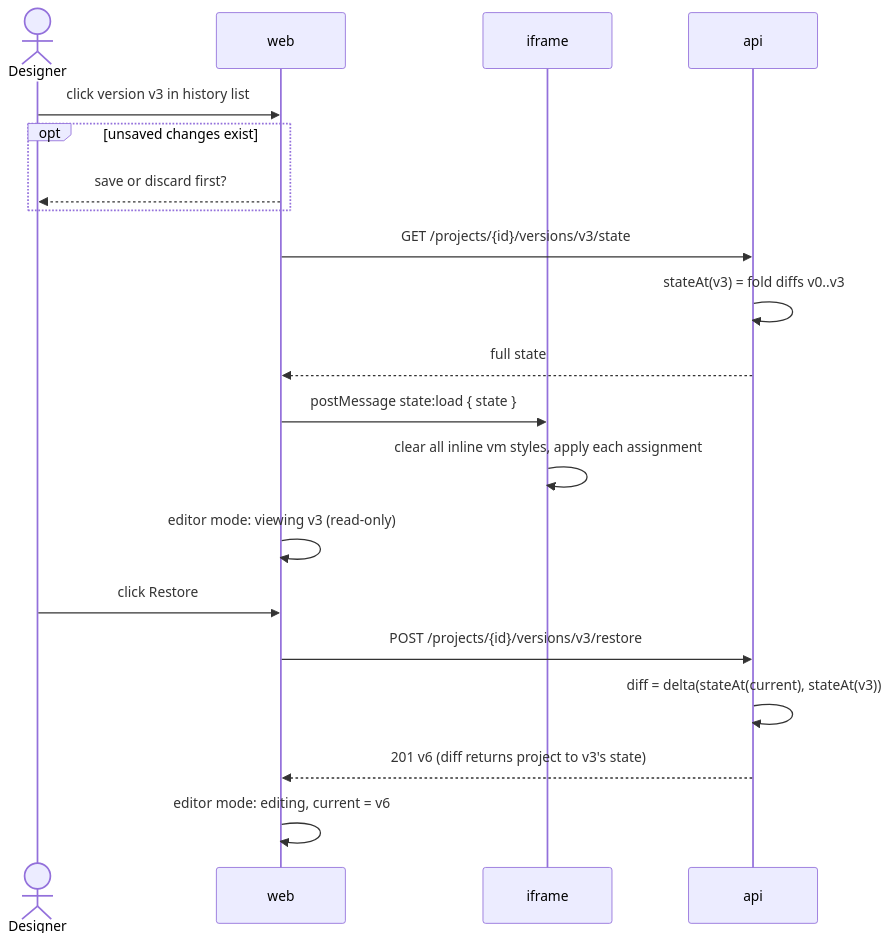
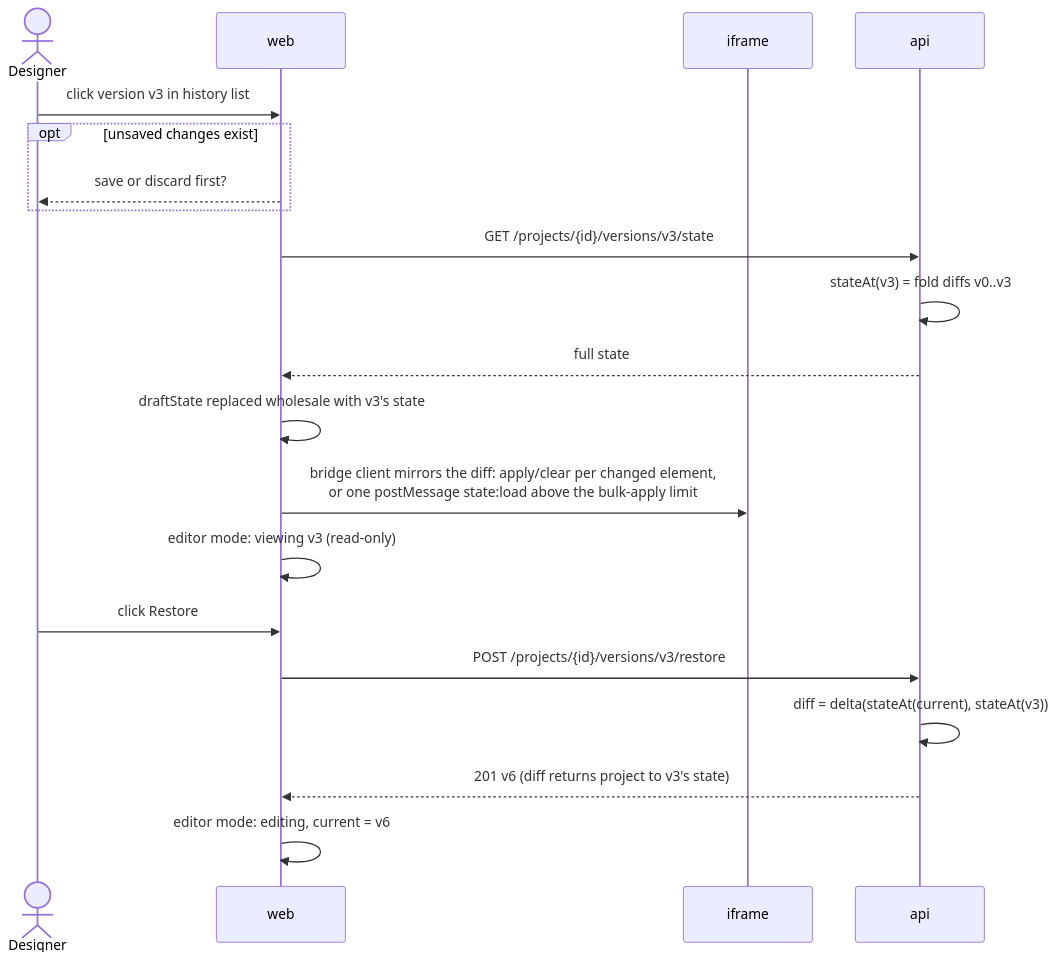
One commit to ludaxkris/vibe_motion changed the fifth of 12 diagrams in docs/architecture.md. Above: the diagram before and after it, drawn with Mermaid. The commit also changed other lines of this file and 3 other files, not shown here.

First line of the commit message:
docs(phase-6): build plan, architecture, user flow and plan status reflect the shipped version history

````diff
--- a/docs/architecture.md
+++ b/docs/architecture.md
@@ -131,23 +131,23 @@
 ```mermaid
 sequenceDiagram
   actor D as Designer
   participant W as web
   participant F as iframe
   participant A as api
 
   D->>W: click version v3 in history list
   opt unsaved changes exist
     W-->>D: save or discard first?
   end
   W->>A: GET /projects/{id}/versions/v3/state
   A->>A: stateAt(v3) = fold diffs v0..v3
   A-->>W: full state
-  W->>F: postMessage state:load { state }
-  F->>F: clear all inline vm styles, apply each assignment
+  W->>W: draftState replaced wholesale with v3's state
+  W->>F: bridge client mirrors the diff: apply/clear per changed element,<br/>or one postMessage state:load above the bulk-apply limit
   W->>W: editor mode: viewing v3 (read-only)
   D->>W: click Restore
   W->>A: POST /projects/{id}/versions/v3/restore
   A->>A: diff = delta(stateAt(current), stateAt(v3))
   A-->>W: 201 v6 (diff returns project to v3's state)
   W->>W: editor mode: editing, current = v6
 ```
````
